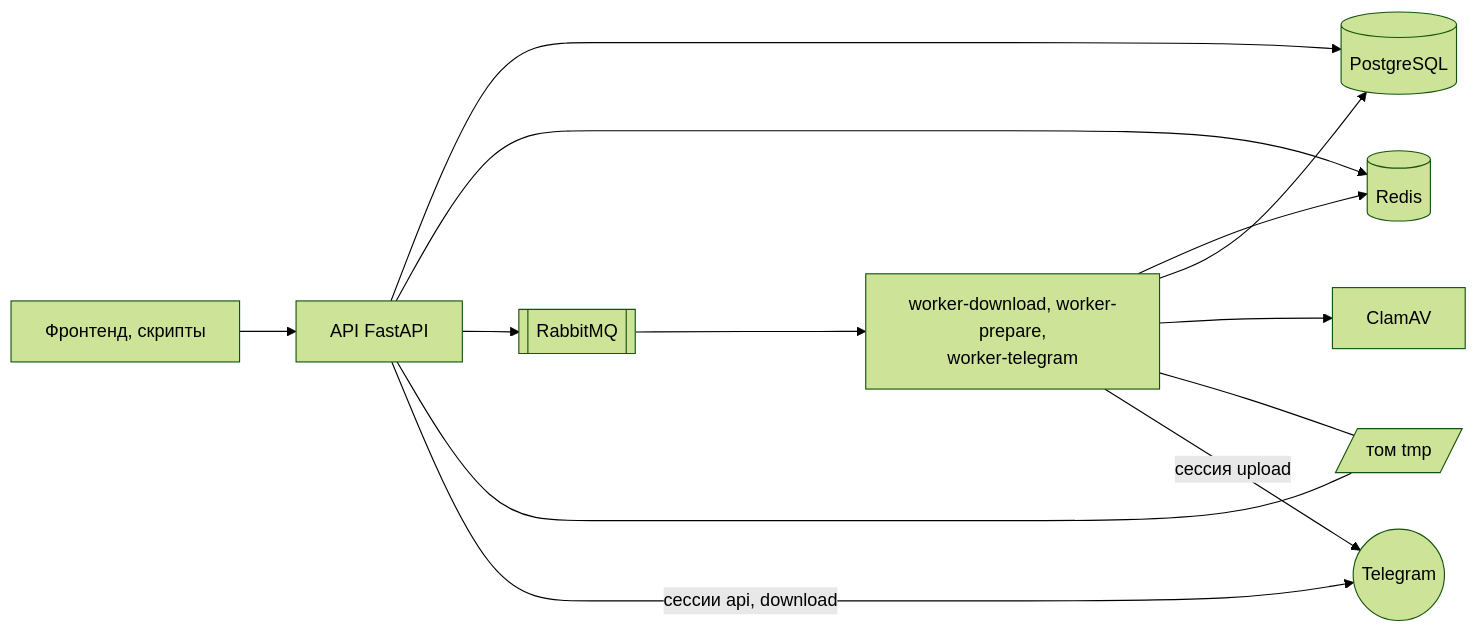
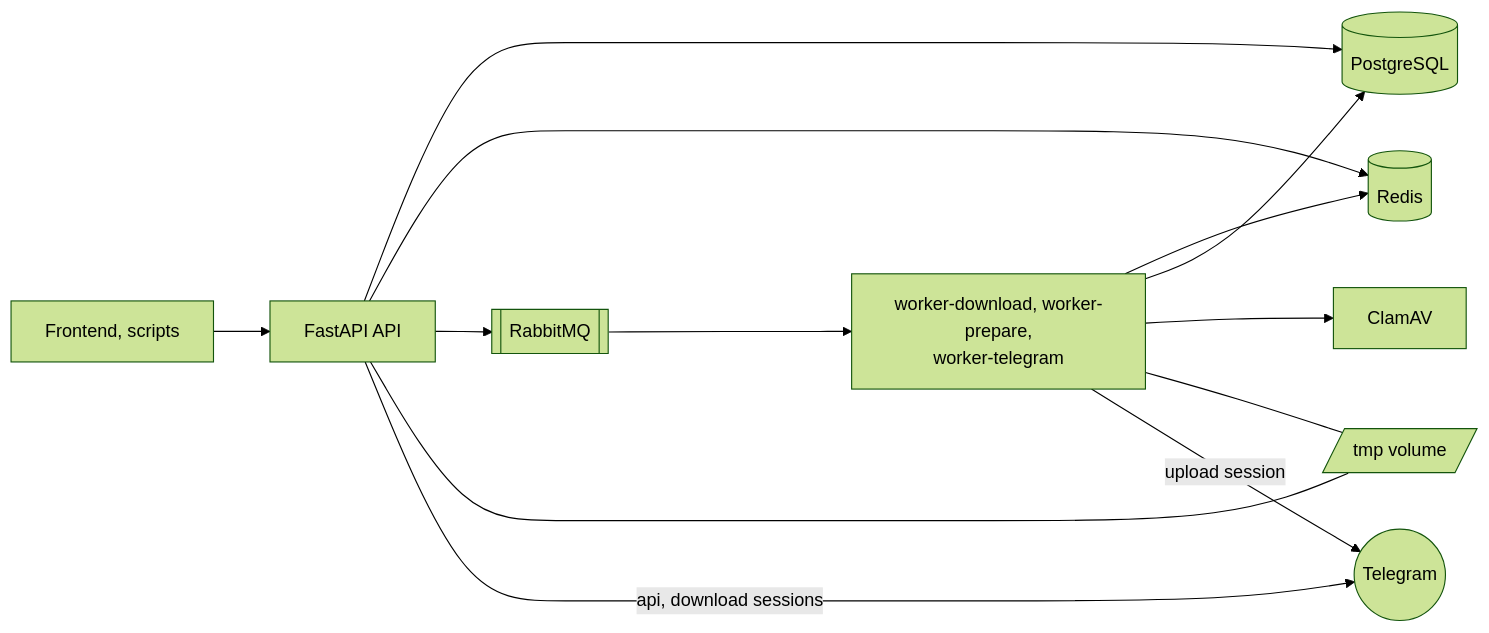
One commit to NikitkaZXC/tcloud-backend changed the first of 2 diagrams in README.md. Above: the diagram before and after it, drawn with Mermaid (forest theme). The commit also changed other lines of this file and 2 other files, not shown here.

````diff
--- a/README.md
+++ b/README.md
@@ -12,14 +18,14 @@
 ```mermaid
 flowchart LR
-    client["Фронтенд, скрипты"] --> api["API FastAPI"]
+    client["Frontend, scripts"] --> api["FastAPI API"]
     api --> pg[("PostgreSQL")]
     api --> redis[("Redis")]
     api --> mq[["RabbitMQ"]]
     mq --> workers["worker-download, worker-prepare,<br/>worker-telegram"]
     workers --> redis
     workers --> pg
     workers --> clam["ClamAV"]
-    api & workers --- tmp[/"том tmp"/]
-    api -- "сессии api, download" --> tg(("Telegram"))
-    workers -- "сессия upload" --> tg
+    api & workers --- tmp[/"tmp volume"/]
+    api -- "api, download sessions" --> tg(("Telegram"))
+    workers -- "upload session" --> tg
 ```
````
